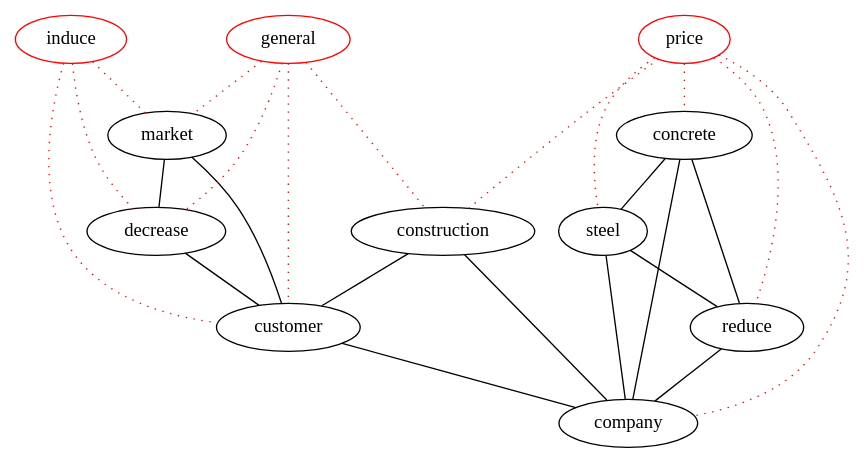
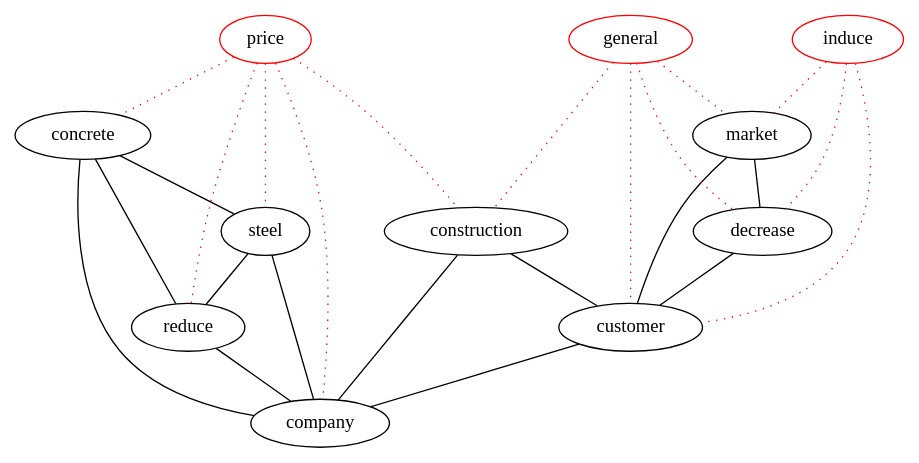
Before and after one commit to michaelweiss/keygraph: the diagram in dot/d2.dot, drawn with Graphviz. The commit also changed other lines of this file and 3 other files, not shown here.

```diff
--- a/dot/d2.dot
+++ b/dot/d2.dot
@@ -1,38 +1,38 @@
 graph keygraph {
 graph [size="10,10"]
+company [color="black"]
 concrete [color="black"]
-customer [color="black"]
+construction [color="black"]
 steel [color="black"]
 market [color="black"]
+customer [color="black"]
+reduce [color="black"]
 decrease [color="black"]
-construction [color="black"]
-company [color="black"]
-reduce [color="black"]
+price [color="red"]
 general [color="red"]
-price [color="red"]
 induce [color="red"]
 construction--customer
 construction--company
 concrete--reduce
 steel--reduce
 customer--company
 market--decrease
 market--customer
 decrease--customer
 concrete--steel
 concrete--company
 steel--company
 reduce--company
+induce--market [color="red", style="dotted"]
 induce--customer [color="red", style="dotted"]
-induce--market [color="red", style="dotted"]
 induce--decrease [color="red", style="dotted"]
+general--construction [color="red", style="dotted"]
+general--market [color="red", style="dotted"]
 general--customer [color="red", style="dotted"]
-general--market [color="red", style="dotted"]
 general--decrease [color="red", style="dotted"]
-general--construction [color="red", style="dotted"]
+price--company [color="red", style="dotted"]
 price--concrete [color="red", style="dotted"]
+price--construction [color="red", style="dotted"]
 price--steel [color="red", style="dotted"]
-price--construction [color="red", style="dotted"]
-price--company [color="red", style="dotted"]
 price--reduce [color="red", style="dotted"]
 }
```
